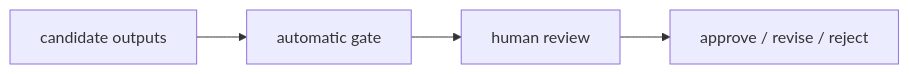
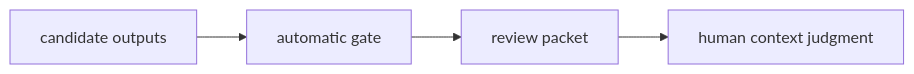
The diagram in docs/assets/part-06/chapter-16/p6-c16-s02-auto-human-routing-en.mmd (devchan64/AiBook), drawn with Mermaid before and after one commit. The commit also changed 43 other files, not shown here.

```diff
--- a/docs/assets/part-06/chapter-16/p6-c16-s02-auto-human-routing-en.mmd
+++ b/docs/assets/part-06/chapter-16/p6-c16-s02-auto-human-routing-en.mmd
@@ -1,9 +1,9 @@
 flowchart LR
   A["candidate outputs"]
   B["automatic gate"]
-  C["human review"]
-  D["approve / revise / reject"]
+  C["review packet"]
+  D["human context judgment"]
 
   A --> B
   B --> C
   C --> D
```
